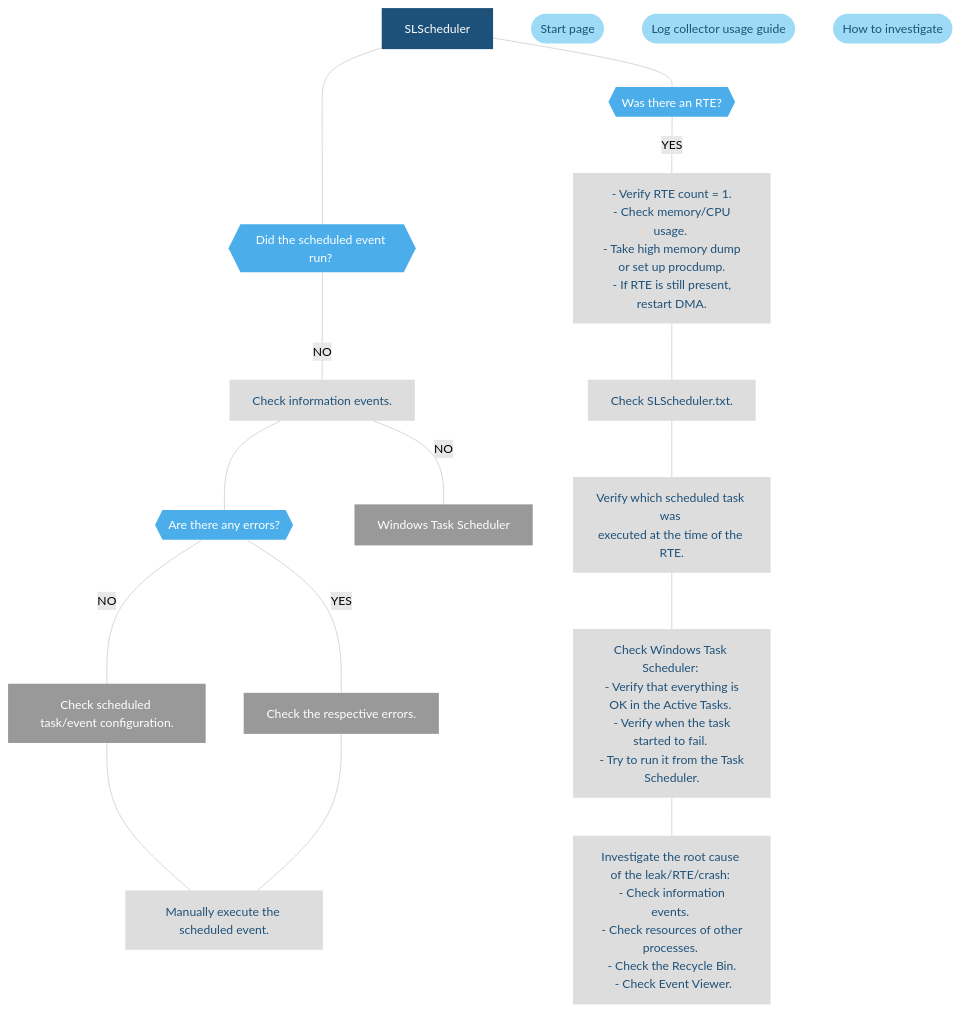
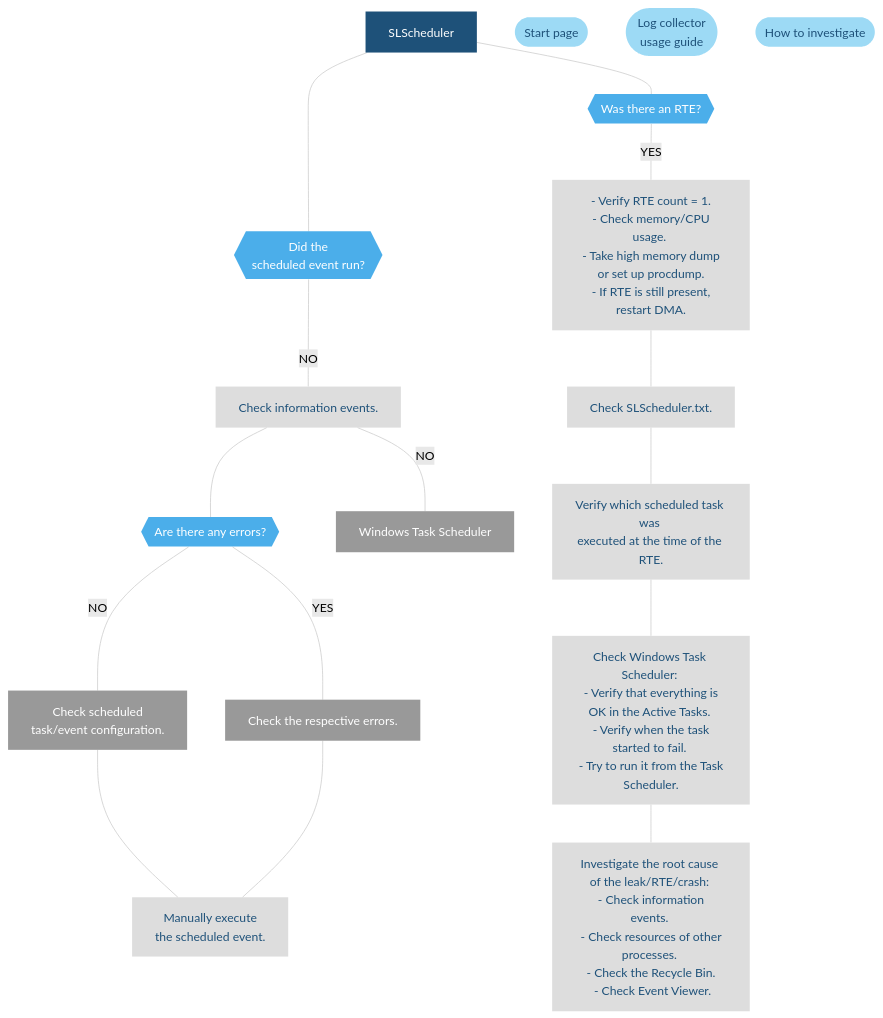
The diagram in user-guide/Troubleshooting/Troubleshooting_Flowcharts/Troubleshooting_Process_Identification/Other_processes/Troubleshooting_SLScheduler_exe.md (SkylineCommunications/dataminer-docs), drawn with Mermaid (forest theme) before and after one commit. The commit also changed 5 other files, not shown here.

```diff
--- a/user-guide/Troubleshooting/Troubleshooting_Flowcharts/Troubleshooting_Process_Identification/Other_processes/Troubleshooting_SLScheduler_exe.md
+++ b/user-guide/Troubleshooting/Troubleshooting_Flowcharts/Troubleshooting_Process_Identification/Other_processes/Troubleshooting_SLScheduler_exe.md
@@ -13,58 +13,58 @@
 <div class="mermaid">
 flowchart TD
 %% Define styles %%
 %% Define styles %%
 linkStyle default stroke:#cccccc
 classDef LightBlue fill:#9DDAF5,stroke:#000070,stroke-width:0px, color:#1E5179;
 classDef Blue fill:#4BAEEA,stroke:#000070,stroke-width:0px, color:#FFFFFF;
 classDef DarkBlue fill:#1E5179,stroke:#000070,stroke-width:0px, color:#FFFFFF;
 classDef DarkGray fill:#58595B,stroke:#000070,stroke-width:0px, color:#FFFFFF;
 classDef Gray fill:#999999,stroke:#000070,stroke-width:0px, color:#FFFFFF;
 classDef LightGray fill:#DDDDDD,stroke:#000070,stroke-width:0px, color:#1E5179;
 %% Define blocks %%
 Start[SLScheduler]
 Home([Start page])
-SLLogCollector([Log collector usage guide])
+SLLogCollector([Log collector <br>usage guide])
 Investigation([How to investigate])
 RTE{{"Was there an RTE?"}}
-RTE1[- Verify RTE count = 1.<br> - Check memory/CPU usage. <br> - Take high memory dump or set up procdump.<br> - If RTE is still present, restart DMA.]
+RTE1[- Verify RTE count = 1.<br> - Check memory/CPU usage. <br> - Take high memory dump <br>or set up procdump.<br> - If RTE is still present, restart DMA.]
 RTE2[Check SLScheduler.txt.]
 RTE3[Verify which scheduled task was <br>executed at the time of the RTE.]
 RTE4[Check Windows Task Scheduler: <br> - Verify that everything is OK in the Active Tasks. <br> - Verify when the task started to fail. <br> - Try to run it from the Task Scheduler.]
 RTE5[Investigate the root cause of the leak/RTE/crash: <br> - Check information events. <br> - Check resources of other processes. <br> - Check the Recycle Bin. <br> - Check Event Viewer.]
-ScheduledEvent{{"Did the scheduled event run? <br/> "}}
+ScheduledEvent{{"Did the <br>scheduled event run?"}}
 Win[Windows Task Scheduler]
 InfoEvents["Check information events."]
 Errors{{"Are there any errors? "}}
-Config["Check scheduled task/event configuration."]
+Config["Check scheduled <br>task/event configuration."]
 ErrorYes[Check the respective errors.]
-End[Manually execute the scheduled event.]
+End[Manually execute <br>the scheduled event.]
 %% Connect blocks %%
 Start ---- ScheduledEvent
 Start --- RTE
 ScheduledEvent --- |NO|InfoEvents
 InfoEvents --- Errors
 InfoEvents --- |NO|Win
 RTE --- |YES|RTE1
 RTE1 --- RTE2
 RTE2 --- RTE3
 RTE3 --- RTE4
 RTE4 --- RTE5
 Errors --- |NO|Config
 Errors --- |YES|ErrorYes
 Config --- End
 ErrorYes --- End
 %% Define hyperlinks %%
 click Home "https://docs.dataminer.services/user-guide/Troubleshooting/Troubleshooting_Flowcharts/Finding_a_Root_Cause.html"
 click SLLogCollector "https://docs.dataminer.services/user-guide/Reference/DataMiner_Tools/SLLogCollector.html"
 click Investigation "https://docs.dataminer.services/user-guide/Troubleshooting/Troubleshooting_Flowcharts/Troubleshooting_Where_to_Start.html"
 click Config "#scheduled-taskevent-configuration-checklist"
 click ErrorYes "#check-the-respective-errors"
 click Win "#windows-task-scheduler"
 %% Apply styles to blocks %%
 class Start DarkBlue;
 class RTE1,RTE2,RTE3,RTE4,RTE5,InfoEvents,End LightGray;
 class RTE,ScheduledEvent,Errors Blue;
 class Home,SLLogCollector,Investigation LightBlue;
 class Config,ErrorYes,Win Gray;
 </div>
```
